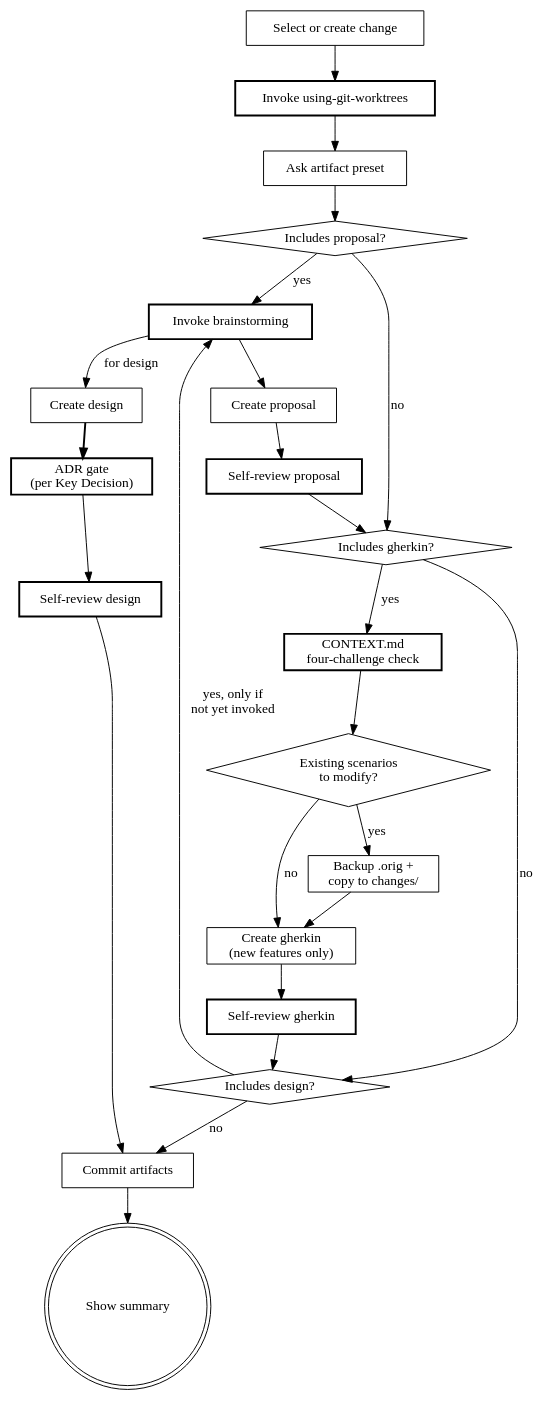
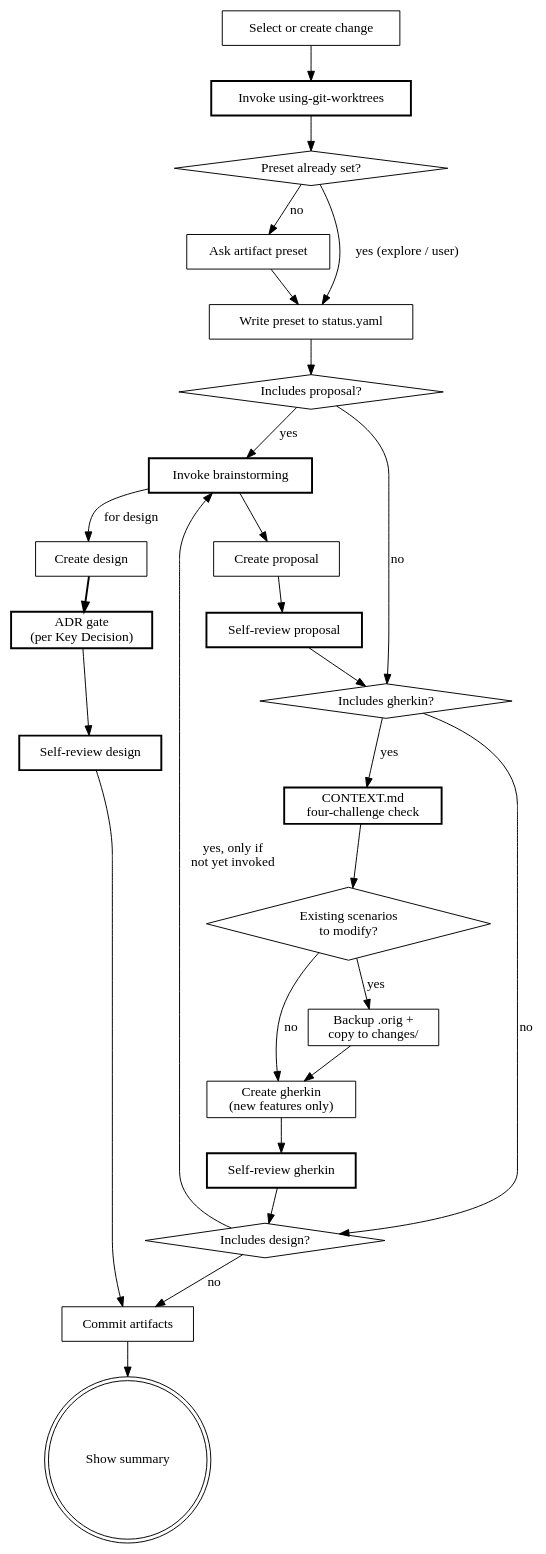
One commit to kirkchen/beat changed the diagram in skills/design/SKILL.md. Above: the diagram before and after it, drawn with Graphviz. The commit also changed other lines of this file and 14 other files, not shown here.

First line of the commit message:
refactor(skills): harden topology changes — flowcharts, red flags, descriptions

````diff
--- a/skills/design/SKILL.md
+++ b/skills/design/SKILL.md
@@ -91,47 +94,52 @@
 ```dot
 digraph design {
     "Select or create change" [shape=box];
     "Invoke using-git-worktrees" [shape=box, style=bold];
+    "Preset already set?" [shape=diamond];
     "Ask artifact preset" [shape=box];
+    "Write preset to status.yaml" [shape=box];
     "Includes proposal?" [shape=diamond];
     "Invoke brainstorming" [shape=box, style=bold];
     "Create proposal" [shape=box];
     "Self-review proposal" [shape=box, style=bold];
     "Includes gherkin?" [shape=diamond];
     "CONTEXT.md\nfour-challenge check" [shape=box, style=bold];
     "Existing scenarios\nto modify?" [shape=diamond];
     "Backup .orig +\ncopy to changes/" [shape=box];
     "Create gherkin\n(new features only)" [shape=box];
     "Self-review gherkin" [shape=box, style=bold];
     "Includes design?" [shape=diamond];
     "Create design" [shape=box];
     "ADR gate\n(per Key Decision)" [shape=box, style=bold];
     "Self-review design" [shape=box, style=bold];
     "Commit artifacts" [shape=box];
     "Show summary" [shape=doublecircle];
 
     "Select or create change" -> "Invoke using-git-worktrees";
-    "Invoke using-git-worktrees" -> "Ask artifact preset";
-    "Ask artifact preset" -> "Includes proposal?";
+    "Invoke using-git-worktrees" -> "Preset already set?";
+    "Preset already set?" -> "Ask artifact preset" [label="no"];
+    "Preset already set?" -> "Write preset to status.yaml" [label="yes (explore / user)"];
+    "Ask artifact preset" -> "Write preset to status.yaml";
+    "Write preset to status.yaml" -> "Includes proposal?";
     "Includes proposal?" -> "Invoke brainstorming" [label="yes"];
     "Includes proposal?" -> "Includes gherkin?" [label="no"];
     "Invoke brainstorming" -> "Create proposal";
     "Create proposal" -> "Self-review proposal";
     "Self-review proposal" -> "Includes gherkin?";
     "Includes gherkin?" -> "CONTEXT.md\nfour-challenge check" [label="yes"];
     "Includes gherkin?" -> "Includes design?" [label="no"];
     "CONTEXT.md\nfour-challenge check" -> "Existing scenarios\nto modify?";
     "Existing scenarios\nto modify?" -> "Backup .orig +\ncopy to changes/" [label="yes"];
     "Existing scenarios\nto modify?" -> "Create gherkin\n(new features only)" [label="no"];
     "Backup .orig +\ncopy to changes/" -> "Create gherkin\n(new features only)";
     "Create gherkin\n(new features only)" -> "Self-review gherkin";
     "Self-review gherkin" -> "Includes design?";
     "Includes design?" -> "Invoke brainstorming" [label="yes, only if\nnot yet invoked"];
     "Includes design?" -> "Commit artifacts" [label="no"];
     "Invoke brainstorming" -> "Create design" [label="for design"];
     "Create design" -> "ADR gate\n(per Key Decision)" [style=bold];
     "ADR gate\n(per Key Decision)" -> "Self-review design";
     "Self-review design" -> "Commit artifacts";
     "Commit artifacts" -> "Show summary";
 }
 ```
````
